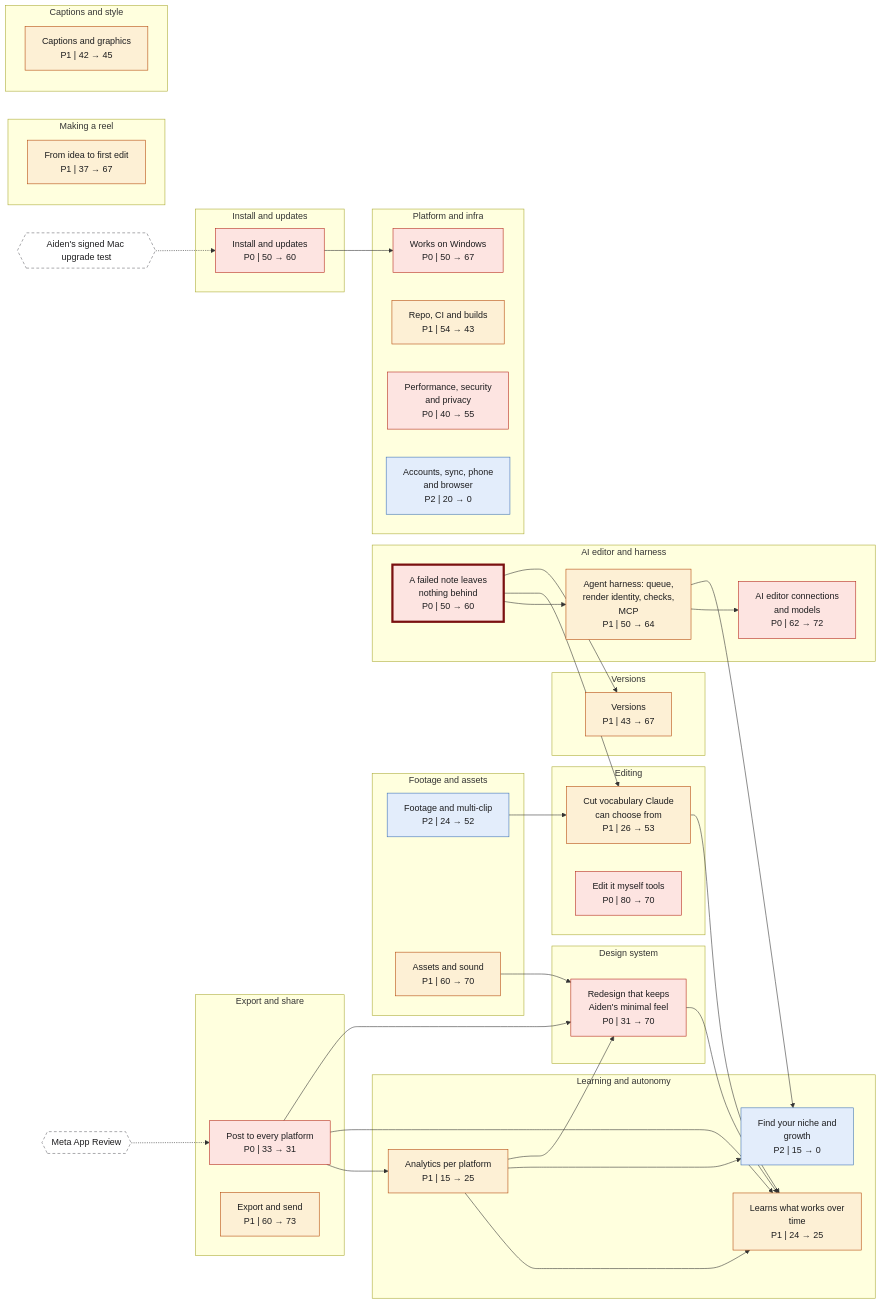
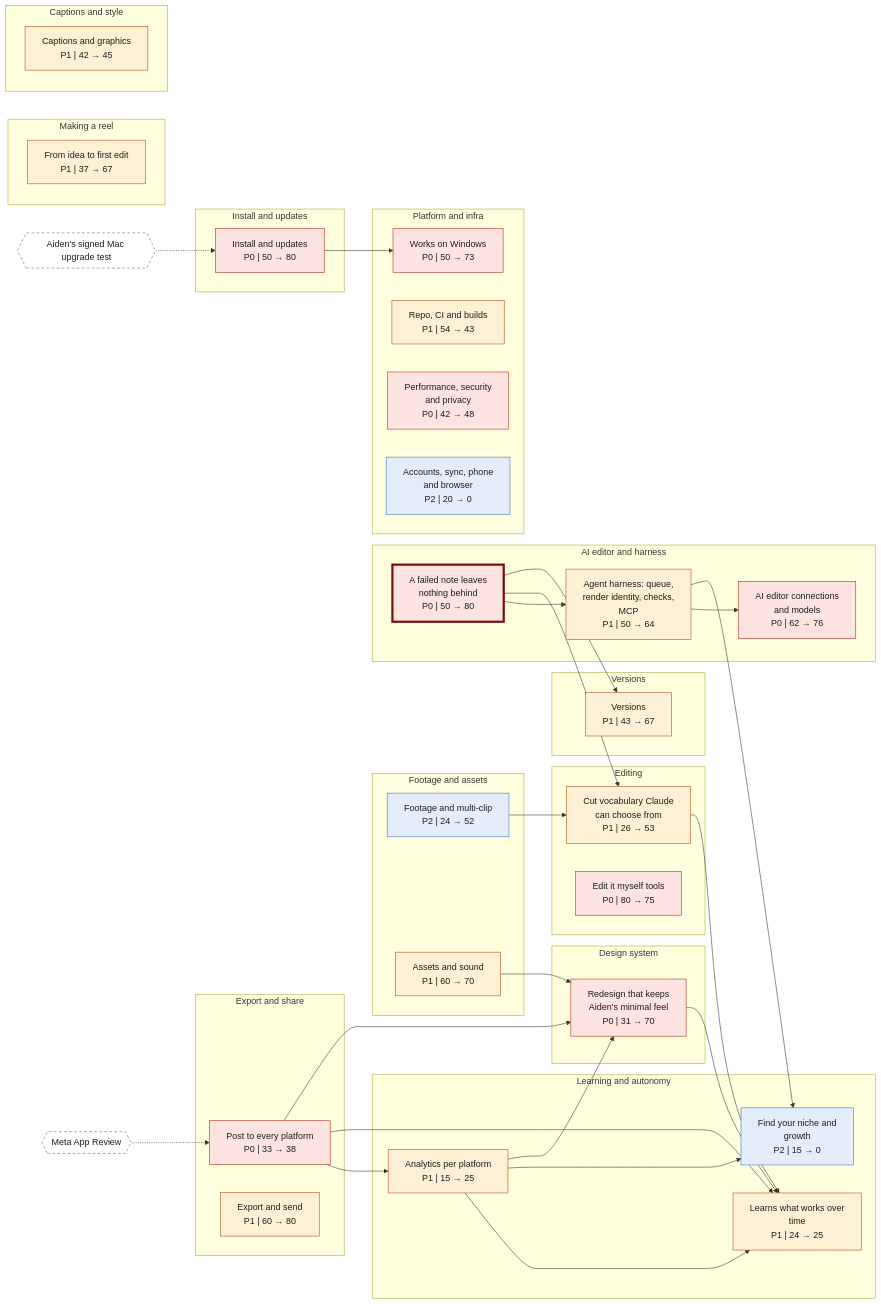
Before and after one commit to SamGu-NRX/reel-studio-app: the first of 8 diagrams in roadmap-graphs.md, drawn with Mermaid. The commit also changed other lines of this file and 6 other files, not shown here.

First line of the commit message:
docs: roadmap snapshot 2026-11-05, after the second overnight run

````diff
--- a/roadmap-graphs.md
+++ b/roadmap-graphs.md
@@ -7,80 +7,80 @@
 ```mermaid
 flowchart LR
     subgraph area0["Making a reel"]
         n_ep_making["From idea to first edit<br/>P1 | 37 → 67"]
     end
     subgraph area1["Editing"]
         n_cut_vocab["Cut vocabulary Claude<br/>can choose from<br/>P1 | 26 → 53"]
-        n_ep_editing["Edit it myself tools<br/>P0 | 80 → 70"]
+        n_ep_editing["Edit it myself tools<br/>P0 | 80 → 75"]
     end
     subgraph area2["Captions and style"]
         n_ep_captions["Captions and graphics<br/>P1 | 42 → 45"]
     end
     subgraph area3["Versions"]
         n_ep_versions["Versions<br/>P1 | 43 → 67"]
     end
     subgraph area4["Export and share"]
-        n_multi_platform["Post to every platform<br/>P0 | 33 → 31"]
-        n_ep_export["Export and send<br/>P1 | 60 → 73"]
+        n_multi_platform["Post to every platform<br/>P0 | 33 → 38"]
+        n_ep_export["Export and send<br/>P1 | 60 → 80"]
     end
     subgraph area5["Footage and assets"]
         n_ep_footage["Footage and multi-clip<br/>P2 | 24 → 52"]
         n_ep_assets["Assets and sound<br/>P1 | 60 → 70"]
     end
     subgraph area6["AI editor and harness"]
-        n_notes_all_or_nothing["A failed note leaves<br/>nothing behind<br/>P0 | 50 → 60"]
+        n_notes_all_or_nothing["A failed note leaves<br/>nothing behind<br/>P0 | 50 → 80"]
         n_agent_harness["Agent harness: queue,<br/>render identity, checks,<br/>MCP<br/>P1 | 50 → 64"]
-        n_ep_ai_editor["AI editor connections<br/>and models<br/>P0 | 62 → 72"]
+        n_ep_ai_editor["AI editor connections<br/>and models<br/>P0 | 62 → 76"]
     end
     subgraph area7["Learning and autonomy"]
         n_analytics["Analytics per platform<br/>P1 | 15 → 25"]
         n_continual_learning["Learns what works over<br/>time<br/>P1 | 24 → 25"]
         n_ep_growth["Find your niche and<br/>growth<br/>P2 | 15 → 0"]
     end
     subgraph area8["Design system"]
         n_tasteful_redesign["Redesign that keeps<br/>Aiden's minimal feel<br/>P0 | 31 → 70"]
     end
     subgraph area9["Install and updates"]
-        n_ep_install["Install and updates<br/>P0 | 50 → 60"]
+        n_ep_install["Install and updates<br/>P0 | 50 → 80"]
     end
     subgraph area10["Platform and infra"]
-        n_windows_support["Works on Windows<br/>P0 | 50 → 67"]
+        n_windows_support["Works on Windows<br/>P0 | 50 → 73"]
         n_ep_repo["Repo, CI and builds<br/>P1 | 54 → 43"]
-        n_ep_quality["Performance, security<br/>and privacy<br/>P0 | 40 → 55"]
+        n_ep_quality["Performance, security<br/>and privacy<br/>P0 | 42 → 48"]
         n_ep_cloud["Accounts, sync, phone<br/>and browser<br/>P2 | 20 → 0"]
     end
     x0{{"Aiden's signed Mac upgrade test"}}
     x0 -.-> n_ep_install
     x1{{"Meta App Review"}}
     x1 -.-> n_multi_platform
     n_agent_harness --> n_ep_ai_editor
     n_agent_harness --> n_ep_growth
     n_analytics --> n_continual_learning
     n_analytics --> n_ep_growth
     n_analytics --> n_tasteful_redesign
     n_cut_vocab --> n_continual_learning
     n_ep_assets --> n_tasteful_redesign
     n_ep_footage --> n_cut_vocab
     n_ep_install --> n_windows_support
     n_multi_platform --> n_analytics
     n_multi_platform --> n_continual_learning
     n_multi_platform --> n_tasteful_redesign
     n_notes_all_or_nothing --> n_agent_harness
     n_notes_all_or_nothing --> n_cut_vocab
     n_notes_all_or_nothing --> n_ep_versions
     n_tasteful_redesign --> n_continual_learning
     classDef p0 fill:#fde4e1,stroke:#b42318,color:#1d1d1f
     classDef p1 fill:#fdf0d5,stroke:#b54708,color:#1d1d1f
     classDef p2 fill:#e3edfb,stroke:#3b6fb6,color:#1d1d1f
     classDef p3 fill:#eeeeef,stroke:#8a8a8f,color:#1d1d1f
     classDef dropped fill:#ffffff,stroke:#b0b0b5,color:#8a8a8f
     classDef outside fill:#ffffff,stroke:#b0b0b5,color:#6b6b70,stroke-dasharray:2 2
     classDef blocker fill:#ffffff,stroke:#6b6b70,color:#1d1d1f,stroke-dasharray:5 4
     classDef waits stroke-dasharray:5 4
     classDef hardest stroke:#7a1010,stroke-width:4px
     class n_multi_platform,n_notes_all_or_nothing,n_ep_ai_editor,n_ep_editing,n_tasteful_redesign,n_windows_support,n_ep_install,n_ep_quality p0
     class n_analytics,n_ep_export,n_continual_learning,n_agent_harness,n_ep_versions,n_ep_assets,n_cut_vocab,n_ep_captions,n_ep_making,n_ep_repo p1
     class n_ep_growth,n_ep_footage,n_ep_cloud p2
     class n_notes_all_or_nothing hardest
     class x0,x1 blocker
 ```
````
